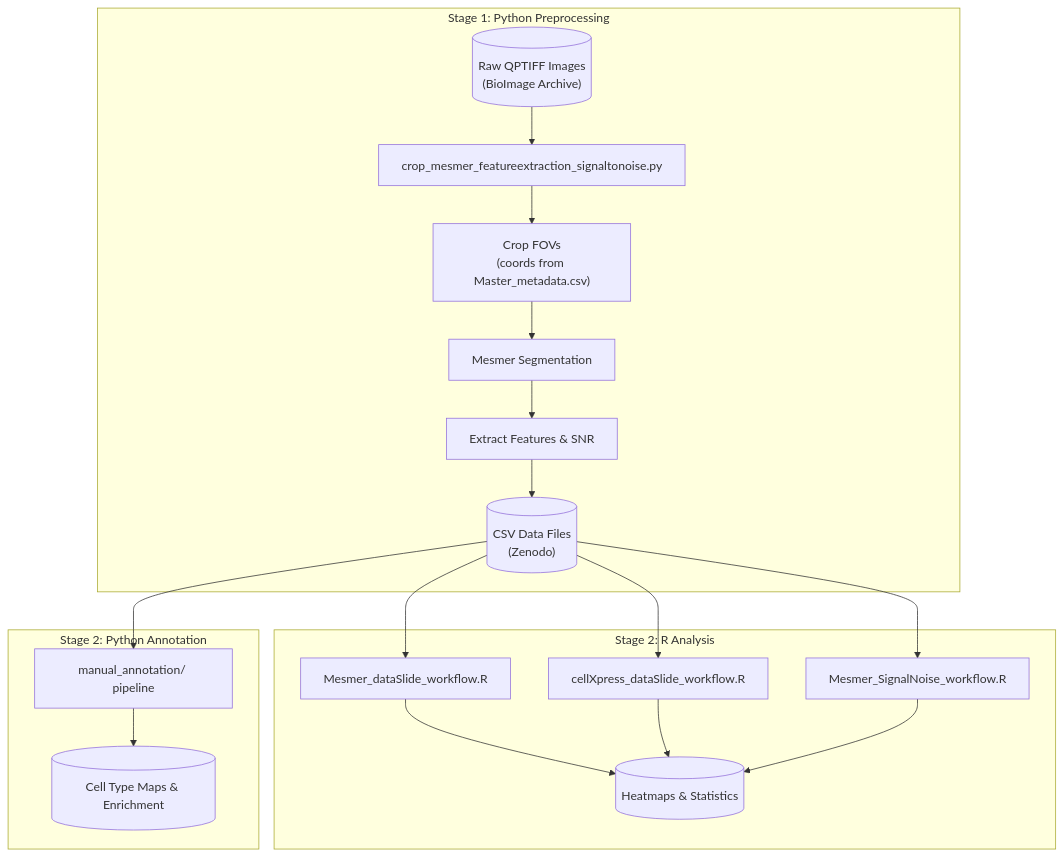
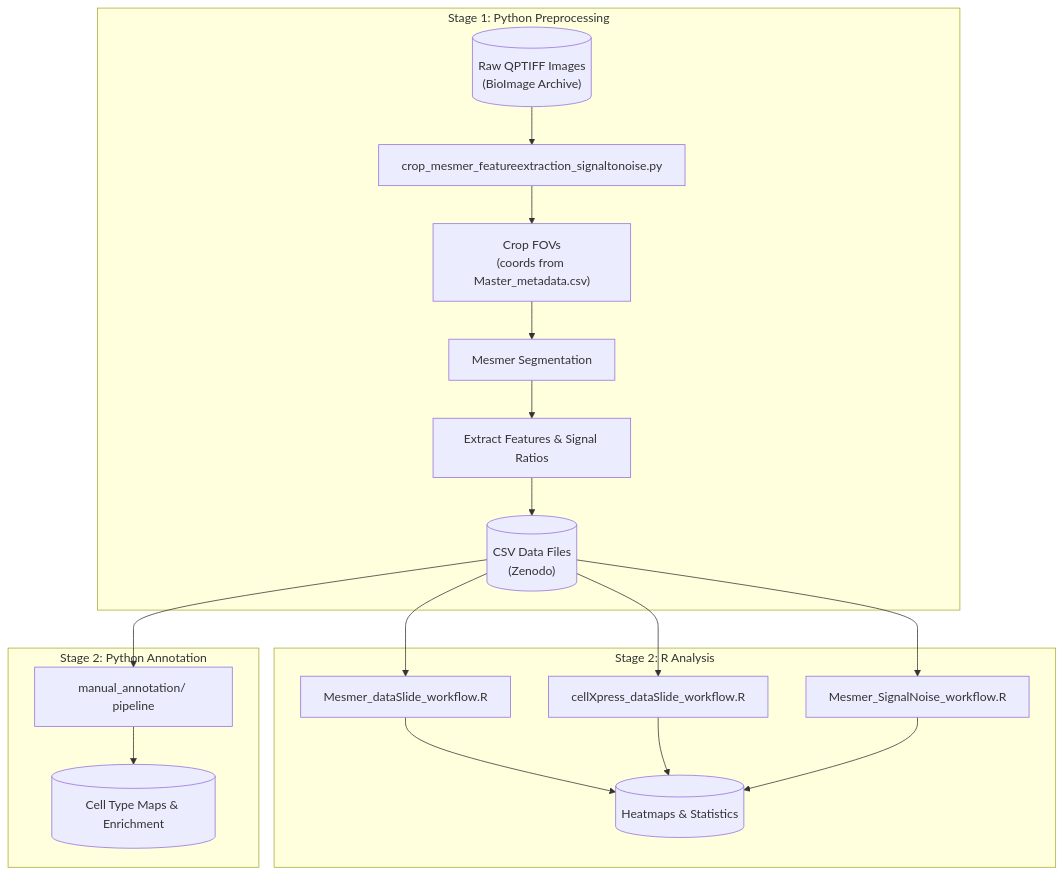
One commit to SizunJiangLab/Benchmarking_tissue_preparation changed the diagram in README.md. Above: the diagram before and after it, drawn with Mermaid. The commit also changed other lines of this file and 2 other files, not shown here.

````diff
--- a/README.md
+++ b/README.md
@@ -65,24 +65,24 @@
 ```mermaid
 flowchart TD
     subgraph stage1["Stage 1: Python Preprocessing"]
         A[("Raw QPTIFF Images<br/>(BioImage Archive)")] --> B["crop_mesmer_featureextraction_signaltonoise.py"]
         B --> C["Crop FOVs<br/>(coords from Master_metadata.csv)"]
         C --> D["Mesmer Segmentation"]
-        D --> E["Extract Features & SNR"]
+        D --> E["Extract Features & Signal Ratios"]
         E --> F[("CSV Data Files<br/>(Zenodo)")]
     end
 
     subgraph stage2["Stage 2: R Analysis"]
         F --> G["Mesmer_dataSlide_workflow.R"]
         F --> H["cellXpress_dataSlide_workflow.R"]
         F --> I["Mesmer_SignalNoise_workflow.R"]
         G --> J[("Heatmaps & Statistics")]
         H --> J
         I --> J
     end
 
     subgraph stage2b["Stage 2: Python Annotation"]
         F --> K["manual_annotation/ pipeline"]
         K --> L[("Cell Type Maps & Enrichment")]
     end
 ```
````
